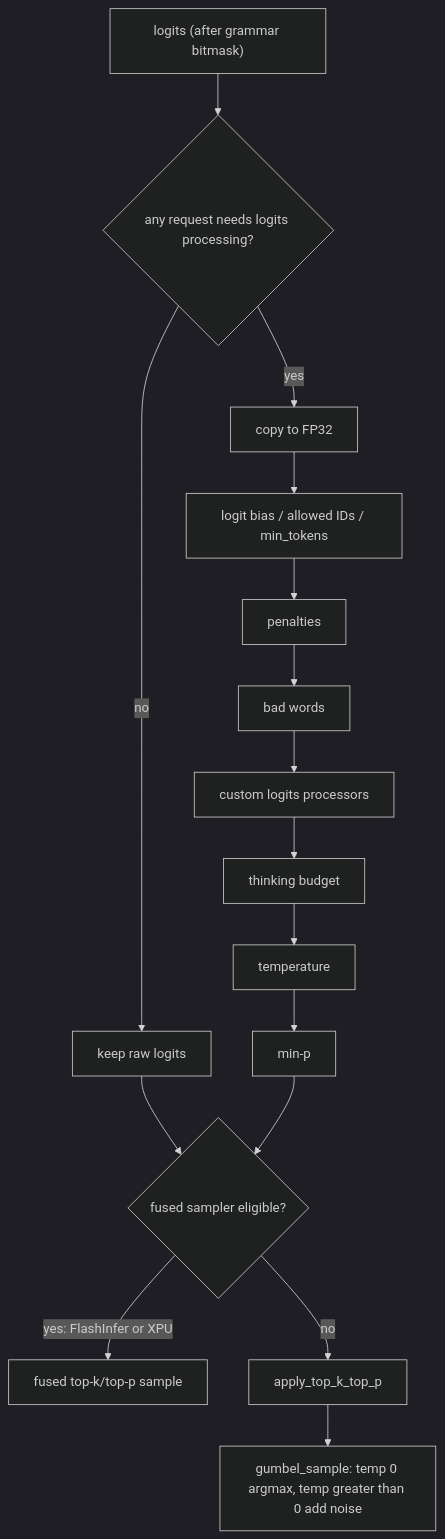
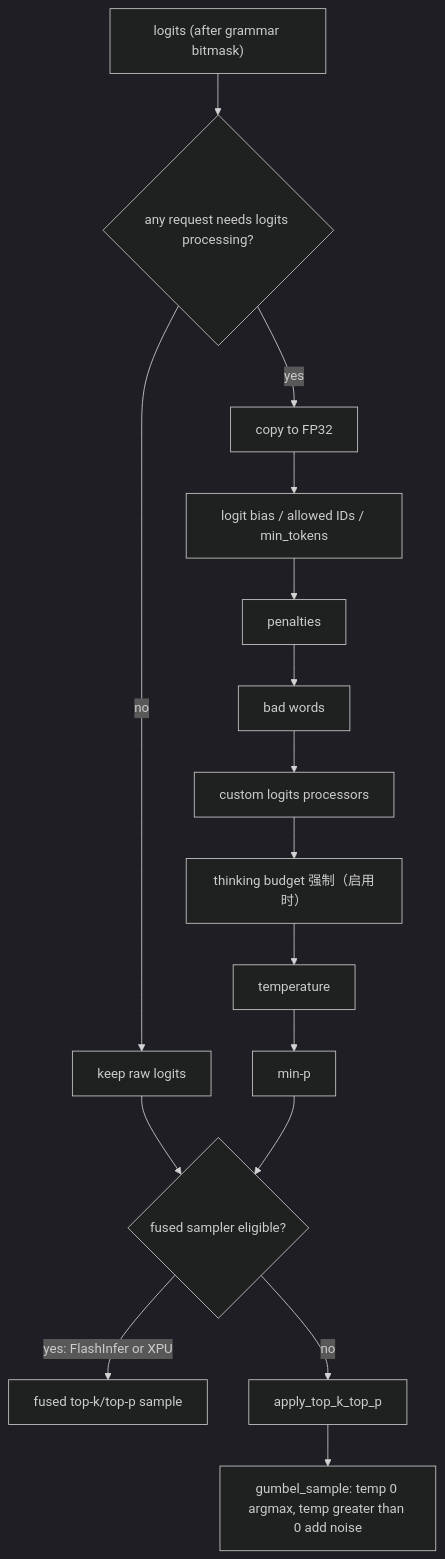
Diagram 32 of 43 in book/07-model-execution/README.md (cluster1900/vllm_reader), drawn with Mermaid (dark theme) before and after one commit. The commit also changed other lines of this file and 1 other file, not shown here.

First line of the commit message:
docs(ch07,ch08): F/D 批次 B6 — 公式讲解模板、统一符号与两张图（不含 §8.14） (#28)

````diff
--- a/book/07-model-execution/README.md
+++ b/book/07-model-execution/README.md
@@ -1077,18 +1118,18 @@
 ```mermaid
 flowchart TD
     L2["logits (after grammar bitmask)"] --> NEED{"any request needs logits processing?"}
     NEED -->|no| SK["keep raw logits"]
     NEED -->|yes| F32["copy to FP32"]
     F32 --> BI["logit bias / allowed IDs / min_tokens"]
     BI --> PE["penalties"]
     PE --> BW["bad words"]
     BW --> CUSTOM["custom logits processors"]
-    CUSTOM --> TB["thinking budget"]
+    CUSTOM --> TB["thinking budget 强制（启用时）"]
     TB --> TE["temperature"]
     TE --> MP["min-p"]
     SK --> ELIG
     MP --> ELIG{"fused sampler eligible?"}
     ELIG -->|"yes: FlashInfer or XPU"| FUS["fused top-k/top-p sample"]
     ELIG -->|"no"| TK["apply_top_k_top_p"]
     TK --> GS["gumbel_sample: temp 0 argmax, temp greater than 0 add noise"]
 ```
````
